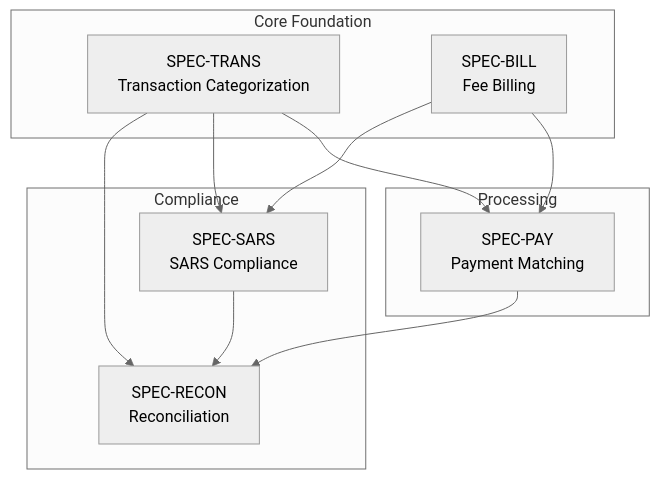
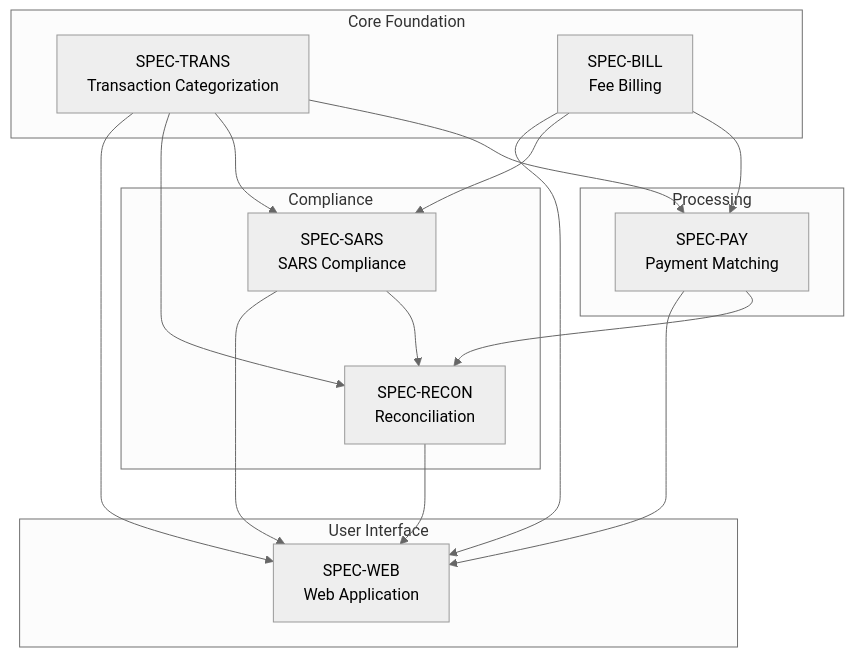
Before and after one commit to Smashkat12/crechebooks: the diagram in specs/functional/_index.md, drawn with Mermaid (neutral theme). The commit also changed other lines of this file and 3 other files, not shown here.

````diff
--- a/specs/functional/_index.md
+++ b/specs/functional/_index.md
@@ -25,24 +26,33 @@
 ```mermaid
 graph TD
     subgraph Core Foundation
         TRANS[SPEC-TRANS<br/>Transaction Categorization]
         BILL[SPEC-BILL<br/>Fee Billing]
     end
 
     subgraph Processing
         PAY[SPEC-PAY<br/>Payment Matching]
     end
 
     subgraph Compliance
         SARS[SPEC-SARS<br/>SARS Compliance]
         RECON[SPEC-RECON<br/>Reconciliation]
     end
 
+    subgraph User Interface
+        WEB[SPEC-WEB<br/>Web Application]
+    end
+
     TRANS --> PAY
     TRANS --> SARS
     TRANS --> RECON
     BILL --> PAY
     BILL --> SARS
     PAY --> RECON
     SARS --> RECON
+    TRANS --> WEB
+    BILL --> WEB
+    PAY --> WEB
+    SARS --> WEB
+    RECON --> WEB
 ```
````
